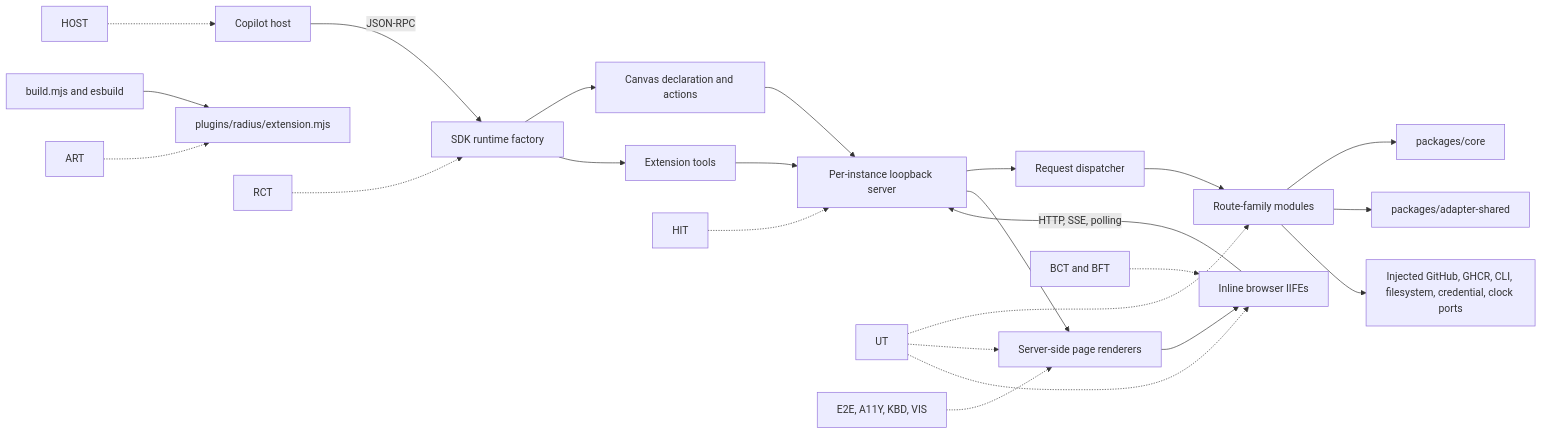
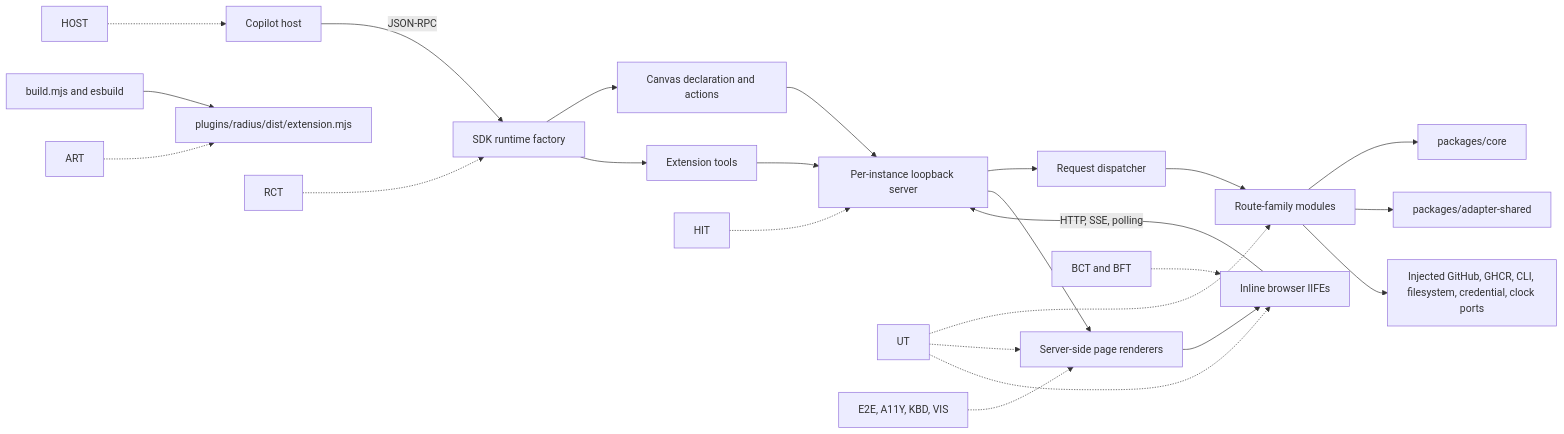
The diagram in docs/design/2026-08-radius-canvas-test-architecture.md (radius-project/ai-extensions), drawn with Mermaid before and after one commit. The commit also changed other lines of this file and 1 other file, not shown here.

First line of the commit message:
docs: refresh Radius Canvas test plan

````diff
--- a/docs/design/2026-08-radius-canvas-test-architecture.md
+++ b/docs/design/2026-08-radius-canvas-test-architecture.md
@@ -119,27 +119,27 @@
 ```mermaid
 flowchart LR
     Host[Copilot host] -->|JSON-RPC| Runtime[SDK runtime factory]
     Runtime --> Canvas[Canvas declaration and actions]
     Runtime --> Tools[Extension tools]
     Canvas --> Server[Per-instance loopback server]
     Tools --> Server
     Server --> Dispatch[Request dispatcher]
     Dispatch --> Routes[Route-family modules]
     Server --> Pages[Server-side page renderers]
     Pages --> Browser[Inline browser IIFEs]
     Browser -->|HTTP, SSE, polling| Server
     Routes --> Core[packages/core]
     Routes --> Shared[packages/adapter-shared]
     Routes --> Ports[Injected GitHub, GHCR, CLI, filesystem, credential, clock ports]
-    Build[build.mjs and esbuild] --> Artifact[plugins/radius/extension.mjs]
+    Build[build.mjs and esbuild] --> Artifact[plugins/radius/dist/extension.mjs]
 
     UT[UT] -.-> Routes
     UT -.-> Pages
     UT -.-> Browser
     RCT[RCT] -.-> Runtime
     HIT[HIT] -.-> Server
     BCT[BCT and BFT] -.-> Browser
     E2E[E2E, A11Y, KBD, VIS] -.-> Pages
     ART[ART] -.-> Artifact
     HOSTS[HOST] -.-> Host
 ```
````
